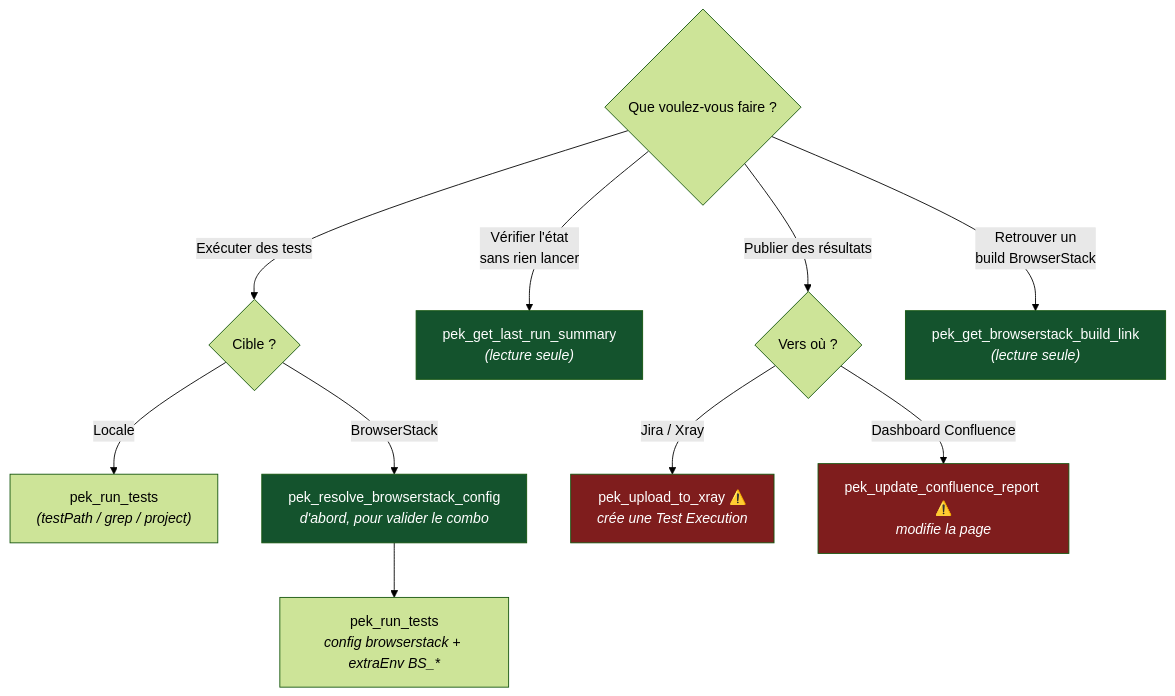
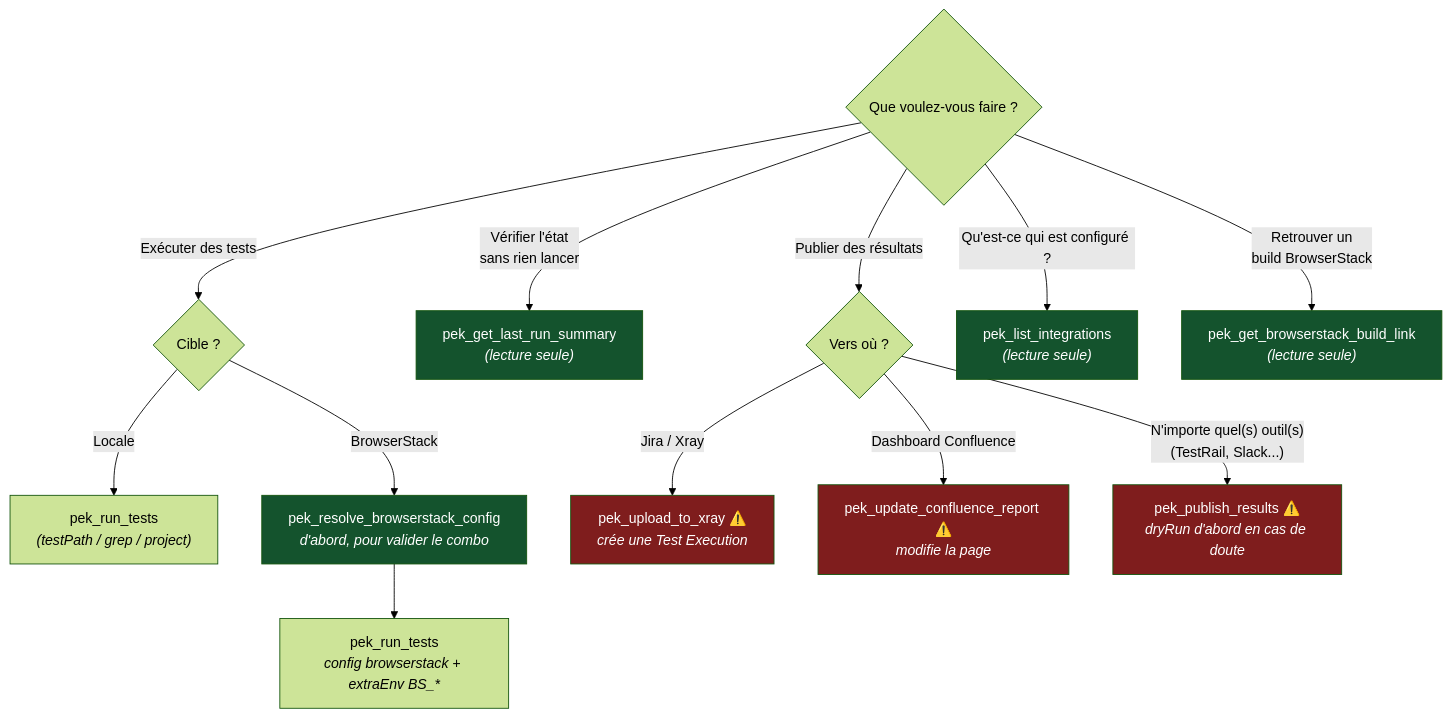
The second of 5 diagrams in docs/mcp-server-user-guide-fr.md (AlexThibaud1976/playwright-enterprise-kit), drawn with Mermaid (forest theme) before and after one commit. The commit also changed other lines of this file and 54 other files, not shown here.

````diff
--- a/docs/mcp-server-user-guide-fr.md
+++ b/docs/mcp-server-user-guide-fr.md
@@ -278,23 +287,27 @@
 ```mermaid
 flowchart TD
     Q{"Que voulez-vous faire ?"}
 
     Q -->|"Exécuter des tests"| Q2{"Cible ?"}
     Q2 -->|"Locale"| T1["pek_run_tests<br/><i>(testPath / grep / project)</i>"]
     Q2 -->|"BrowserStack"| T3["pek_resolve_browserstack_config<br/><i>d'abord, pour valider le combo</i>"]
     T3 --> T1b["pek_run_tests<br/><i>config browserstack + extraEnv BS_*</i>"]
 
     Q -->|"Vérifier l'état<br/>sans rien lancer"| T2["pek_get_last_run_summary<br/><i>(lecture seule)</i>"]
 
     Q -->|"Publier des résultats"| Q3{"Vers où ?"}
     Q3 -->|"Jira / Xray"| T5["pek_upload_to_xray ⚠️<br/><i>crée une Test Execution</i>"]
     Q3 -->|"Dashboard Confluence"| T6["pek_update_confluence_report ⚠️<br/><i>modifie la page</i>"]
+    Q3 -->|"N'importe quel(s) outil(s)<br/>(TestRail, Slack...)"| T8["pek_publish_results ⚠️<br/><i>dryRun d'abord en cas de doute</i>"]
+    Q -->|"Qu'est-ce qui est configuré ?"| T7["pek_list_integrations<br/><i>(lecture seule)</i>"]
 
     Q -->|"Retrouver un<br/>build BrowserStack"| T4["pek_get_browserstack_build_link<br/><i>(lecture seule)</i>"]
 
     style T5 fill:#7f1d1d,color:#fff
     style T6 fill:#7f1d1d,color:#fff
+    style T8 fill:#7f1d1d,color:#fff
+    style T7 fill:#14532d,color:#fff
     style T2 fill:#14532d,color:#fff
     style T4 fill:#14532d,color:#fff
     style T3 fill:#14532d,color:#fff
 ```
````
